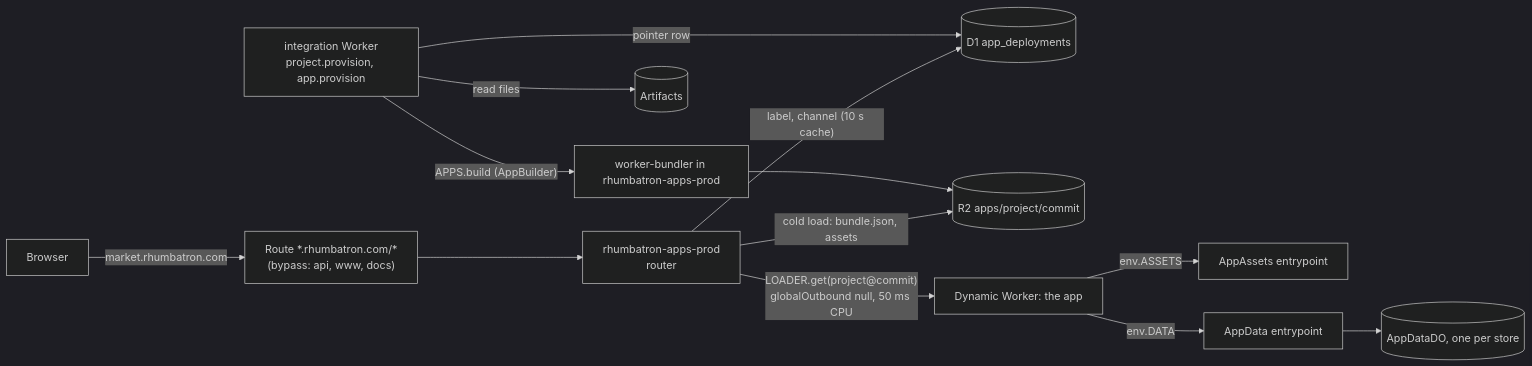
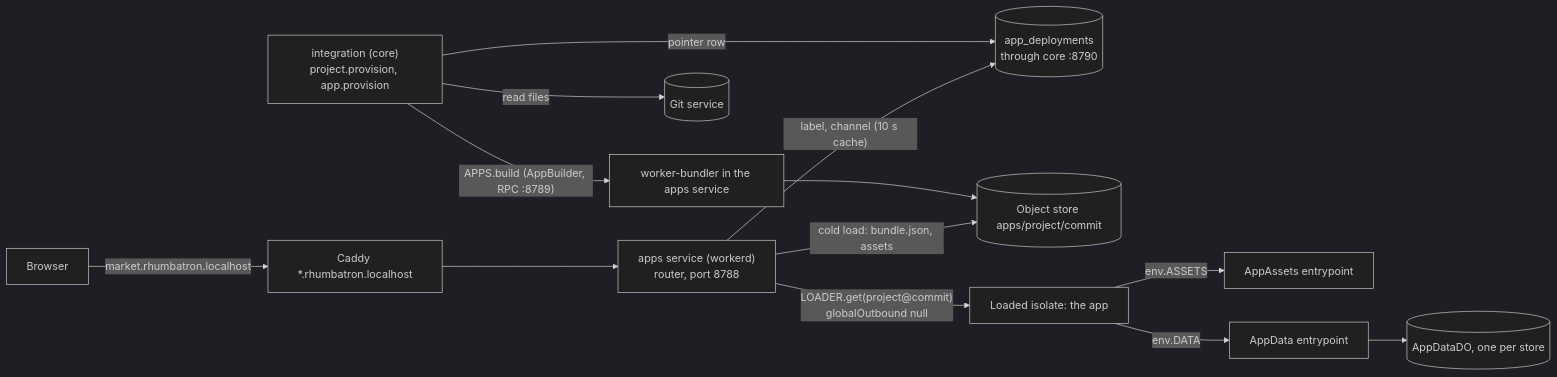
Before and after one commit to nsudhanva/rhumbatron: the second of 2 diagrams in docs/adr/0020-live-apps-dynamic-workers.md, drawn with Mermaid (dark theme). The commit also changed other lines of this file and 322 other files, not shown here.

````diff
--- a/docs/adr/0020-live-apps-dynamic-workers.md
+++ b/docs/adr/0020-live-apps-dynamic-workers.md
@@ -309,14 +298,14 @@
 ```mermaid
 flowchart LR
-  user["Browser"] -->|"market.rhumbatron.com"| route["Route *.rhumbatron.com/*<br/>(bypass: api, www, docs)"]
-  route --> router["rhumbatron-apps-prod<br/>router"]
-  router -->|"label, channel (10 s cache)"| d1[("D1 app_deployments")]
-  router -->|"cold load: bundle.json, assets"| r2[("R2 apps/project/commit")]
-  router -->|"LOADER.get(project@commit)<br/>globalOutbound null, 50 ms CPU"| app["Dynamic Worker: the app"]
+  user["Browser"] -->|"market.rhumbatron.localhost"| route["Caddy *.rhumbatron.localhost"]
+  route --> router["apps service (workerd)<br/>router, port 8788"]
+  router -->|"label, channel (10 s cache)"| ptr[("app_deployments<br/>through core :8790")]
+  router -->|"cold load: bundle.json, assets"| obj[("Object store apps/project/commit")]
+  router -->|"LOADER.get(project@commit)<br/>globalOutbound null"| app["Loaded isolate: the app"]
   app -->|"env.ASSETS"| assets["AppAssets entrypoint"]
   app -->|"env.DATA"| data["AppData entrypoint"] --> ado[("AppDataDO, one per store")]
-  integ["integration Worker<br/>project.provision, app.provision"] -->|"read files"| art[("Artifacts")]
-  integ -->|"APPS.build (AppBuilder)"| builder["worker-bundler in rhumbatron-apps-prod"]
-  builder --> r2
-  integ -->|"pointer row"| d1
+  integ["integration (core)<br/>project.provision, app.provision"] -->|"read files"| art[("Git service")]
+  integ -->|"APPS.build (AppBuilder, RPC :8789)"| builder["worker-bundler in the apps service"]
+  builder --> obj
+  integ -->|"pointer row"| ptr
 ```
````
